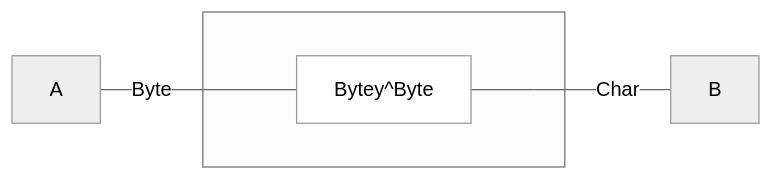
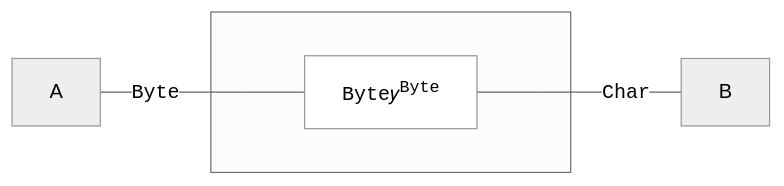
One commit to julianpeeters/polynomial changed the third of 3 diagrams in README.md. Above: the diagram before and after it, drawn with Mermaid (neutral theme). The commit also changed other lines of this file and 2 other files, not shown here.

Commit message:
Update README for github mermaid rendering

````diff
--- a/README.md
+++ b/README.md
@@ -129,14 +129,14 @@
 ```mermaid
 graph LR;
-  A:::hidden---|Byte|A2[ ]:::point
+  A:::hidden---|<span style="font-family:Courier">Byte</span>|A2[ ]:::point
 subgraph s[ ]
   A2:::point---MermaidPMono
-  MermaidPMono[Bytey^Byte]:::empty
+  MermaidPMono[<span style="font-family:Courier">Byte</span>𝑦<sup><span style="font-family:Courier">Byte</span></sup>]:::empty
   MermaidPMono---B2
 end
-B2[ ]:::point---|Char|B:::hidden;
+B2[ ]:::point---|<span style="font-family:Courier">Char</span>|B:::hidden;
 
 classDef empty fill:background;
 classDef point width:0px, height:0px;
 classDef title stroke-width:0px, fill:background;
 ```
````
